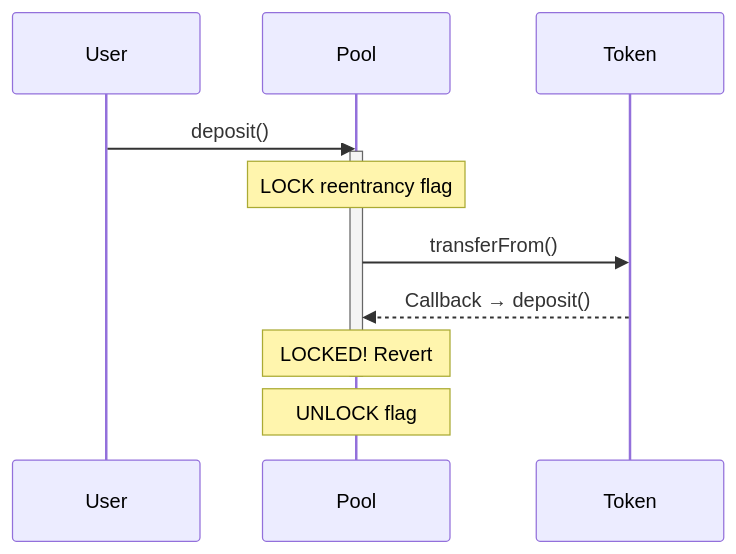
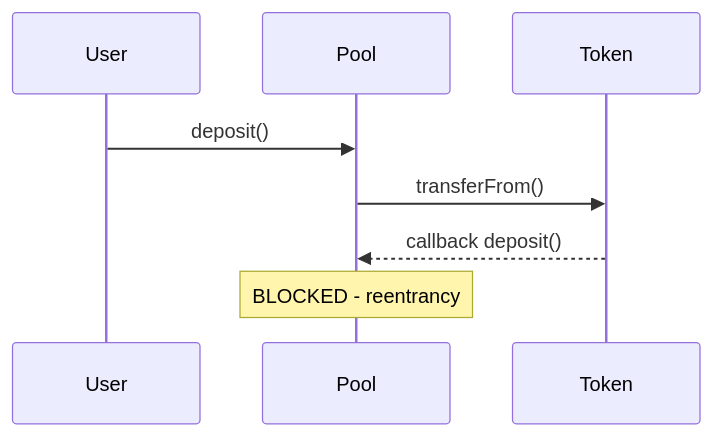
The sixth of 9 diagrams in docs/3. Security/3.4. Flow Guards.md (btr-protocol/dex), drawn with Mermaid before and after one commit. The commit also changed other lines of this file and 27 other files, not shown here.

````diff
--- a/docs/3. Security/3.4. Flow Guards.md
+++ b/docs/3. Security/3.4. Flow Guards.md
@@ -267,15 +242,11 @@
 ```mermaid
 sequenceDiagram
     participant User
     participant Pool
     participant Token
 
     User->>Pool: deposit()
-    activate Pool
-    Note over Pool: LOCK reentrancy flag
     Pool->>Token: transferFrom()
-    Token-->>Pool: Callback → deposit()
-    Note over Pool: LOCKED! Revert
-    deactivate Pool
-    Note over Pool: UNLOCK flag
+    Token-->>Pool: callback deposit()
+    Note over Pool: BLOCKED - reentrancy
 ```
````
